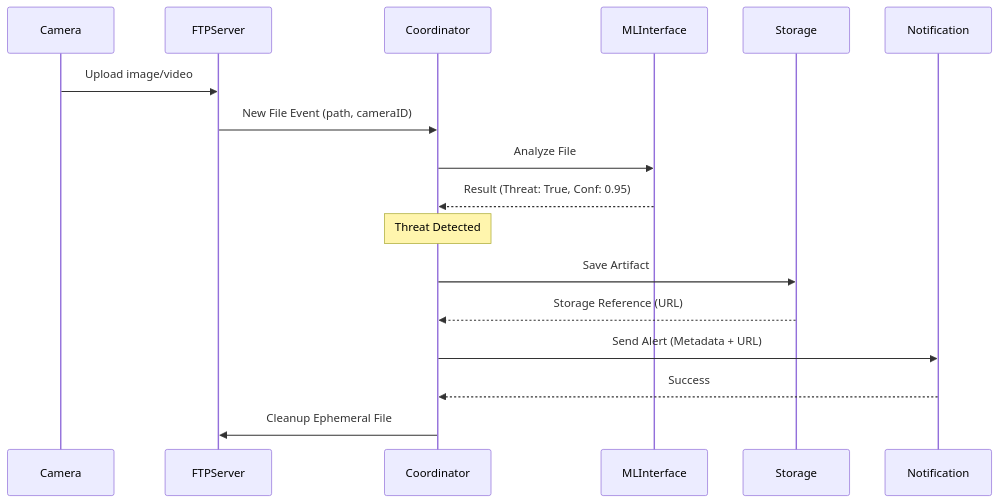
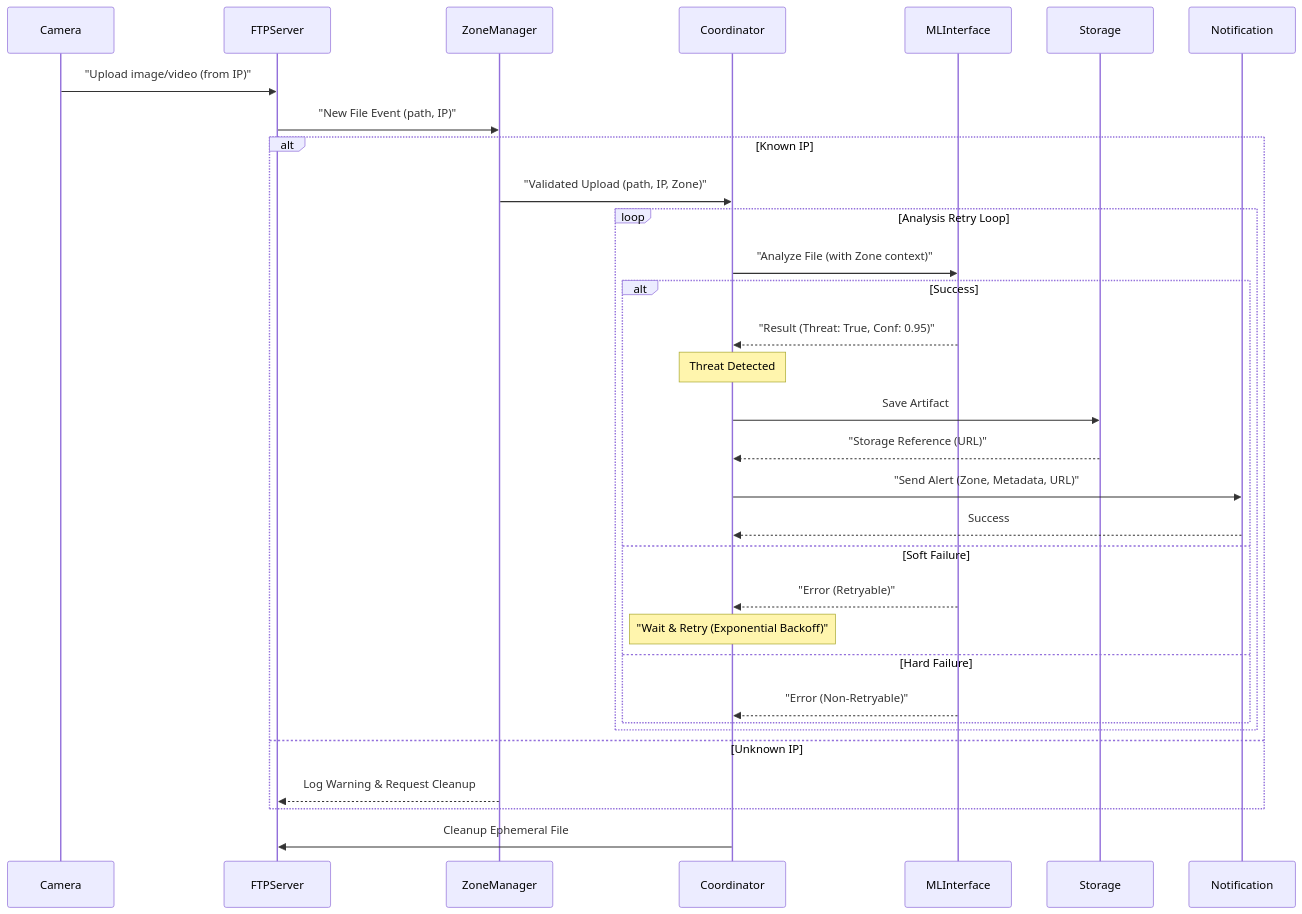
One commit to digitalentity/red-queen changed the second of 2 diagrams in docs/DESIGN.md. Above: the diagram before and after it, drawn with Mermaid. The commit also changed other lines of this file and 2 other files, not shown here.

````diff
--- a/docs/DESIGN.md
+++ b/docs/DESIGN.md
@@ -71,24 +91,39 @@
 ```mermaid
 sequenceDiagram
     participant Camera
     participant FTPServer
+    participant ZoneManager
     participant Coordinator
     participant MLInterface
     participant Storage
     participant Notification
 
-    Camera->>FTPServer: Upload image/video
-    FTPServer->>Coordinator: New File Event (path, cameraID)
-    Coordinator->>MLInterface: Analyze File
-    MLInterface-->>Coordinator: Result (Threat: True, Conf: 0.95)
+    Camera->>FTPServer: "Upload image/video (from IP)"
+    FTPServer->>ZoneManager: "New File Event (path, IP)"
     
-    Note over Coordinator: Threat Detected
-    
-    Coordinator->>Storage: Save Artifact
-    Storage-->>Coordinator: Storage Reference (URL)
-    
-    Coordinator->>Notification: Send Alert (Metadata + URL)
-    Notification-->>Coordinator: Success
+    alt Known IP
+        ZoneManager->>Coordinator: "Validated Upload (path, IP, Zone)"
+        loop Analysis Retry Loop
+            Coordinator->>MLInterface: "Analyze File (with Zone context)"
+            alt Success
+                MLInterface-->>Coordinator: "Result (Threat: True, Conf: 0.95)"
+                Note over Coordinator: Threat Detected
+                
+                Coordinator->>Storage: Save Artifact
+                Storage-->>Coordinator: "Storage Reference (URL)"
+                
+                Coordinator->>Notification: "Send Alert (Zone, Metadata, URL)"
+                Notification-->>Coordinator: Success
+            else Soft Failure
+                MLInterface-->>Coordinator: "Error (Retryable)"
+                Note over Coordinator: "Wait & Retry (Exponential Backoff)"
+            else Hard Failure
+                MLInterface-->>Coordinator: "Error (Non-Retryable)"
+            end
+        end
+    else Unknown IP
+        ZoneManager-->>FTPServer: Log Warning & Request Cleanup
+    end
     
     Coordinator->>FTPServer: Cleanup Ephemeral File
 ```
````
